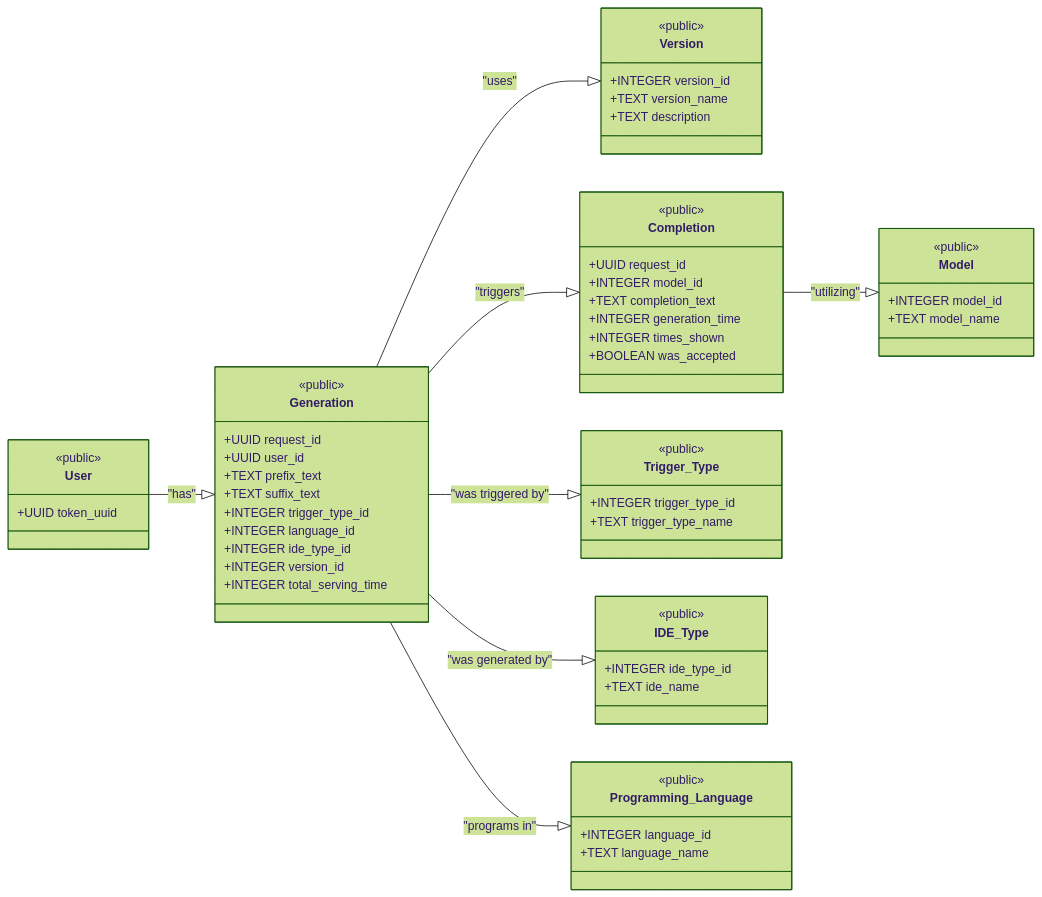
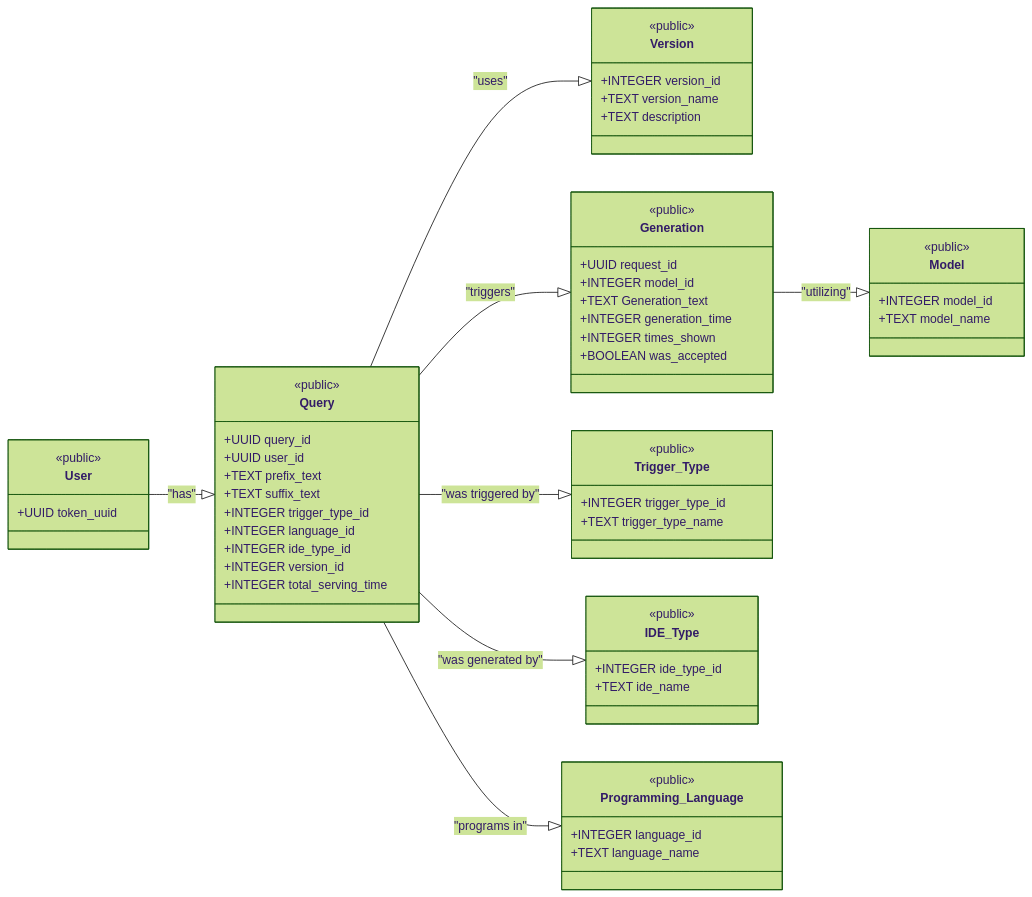
The diagram in server/database/design.md (AISE-TUDelft/coco), drawn with Mermaid (forest theme) before and after one commit. The commit also changed other lines of this file, not shown here.

````diff
--- a/server/database/design.md
+++ b/server/database/design.md
@@ -1,63 +1,63 @@
 ```mermaid
 classDiagram
     direction LR
     class User {
       <<public>>
       +UUID token_uuid
     }
-    class Generation {
+    class Query {
       <<public>>
-      +UUID request_id
+      +UUID query_id
       +UUID user_id
       +TEXT prefix_text
       +TEXT suffix_text
       +INTEGER trigger_type_id
       +INTEGER language_id
       +INTEGER ide_type_id
       +INTEGER version_id
       +INTEGER total_serving_time
     }
     class Version {
       <<public>>
       +INTEGER version_id
       +TEXT version_name
       +TEXT description
     }
-    class Completion {
+    class Generation {
       <<public>>
       +UUID request_id
       +INTEGER model_id
-      +TEXT completion_text
+      +TEXT Generation_text
       +INTEGER generation_time
       +INTEGER times_shown
       +BOOLEAN was_accepted
     }
     class Model {
       <<public>>
       +INTEGER model_id
       +TEXT model_name
     }
     class Trigger_Type {
       <<public>>
       +INTEGER trigger_type_id
       +TEXT trigger_type_name
     }
     class IDE_Type {
       <<public>>
       +INTEGER ide_type_id
       +TEXT ide_name
     }
     class Programming_Language {
       <<public>>
       +INTEGER language_id
       +TEXT language_name
     }
 
-    User --|> Generation : "has"
-    Generation --|> Version : "uses"
-    Generation --|> Completion : "triggers"
-    Completion --|> Model : "utilizing"
-    Generation --|> Trigger_Type : "was triggered by"
-    Generation --|> IDE_Type : "was generated by"
-    Generation --|> Programming_Language : "programs in"
+    User --|> Query : "has"
+    Query --|> Version : "uses"
+    Query --|> Generation : "triggers"
+    Generation --|> Model : "utilizing"
+    Query --|> Trigger_Type : "was triggered by"
+    Query --|> IDE_Type : "was generated by"
+    Query --|> Programming_Language : "programs in"
 ```
````
